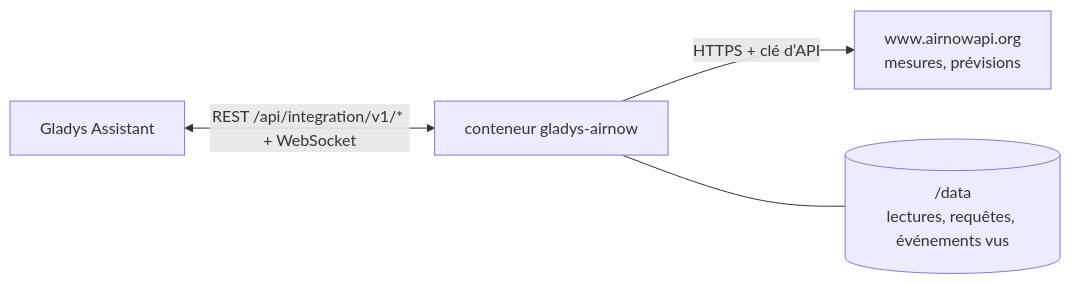
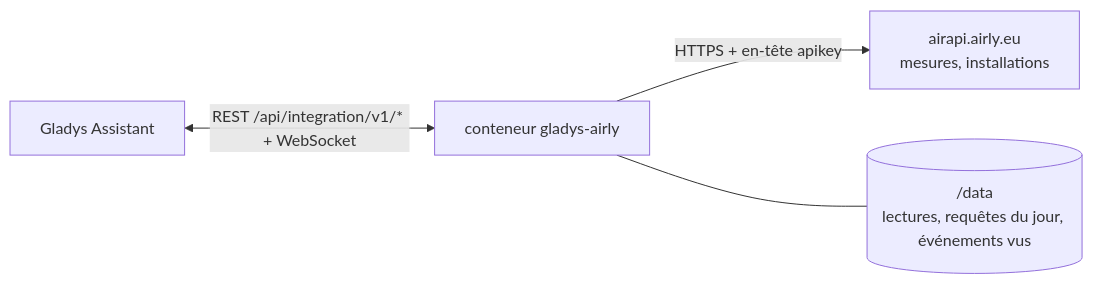
The first of 2 diagrams in README.fr.md (William-De71/gladys-airly), drawn with Mermaid before and after one commit. The commit also changed other lines of this file and 22 other files, not shown here.

First line of the commit message:
docs: document the Airly integration in four languages, with generated widget images

````diff
--- a/README.fr.md
+++ b/README.fr.md
@@ -27,6 +27,6 @@
 ```mermaid
 flowchart LR
-  G[Gladys Assistant] <-->|REST /api/integration/v1/* + WebSocket| I[conteneur gladys-airnow]
-  I -->|HTTPS + clé d’API| A[www.airnowapi.org<br/>mesures, prévisions]
-  I --- D[(/data<br/>lectures, requêtes, événements vus)]
+  G[Gladys Assistant] <-->|REST /api/integration/v1/* + WebSocket| I[conteneur gladys-airly]
+  I -->|HTTPS + en-tête apikey| A[airapi.airly.eu<br/>mesures, installations]
+  I --- D[(/data<br/>lectures, requêtes du jour, événements vus)]
 ```
````
